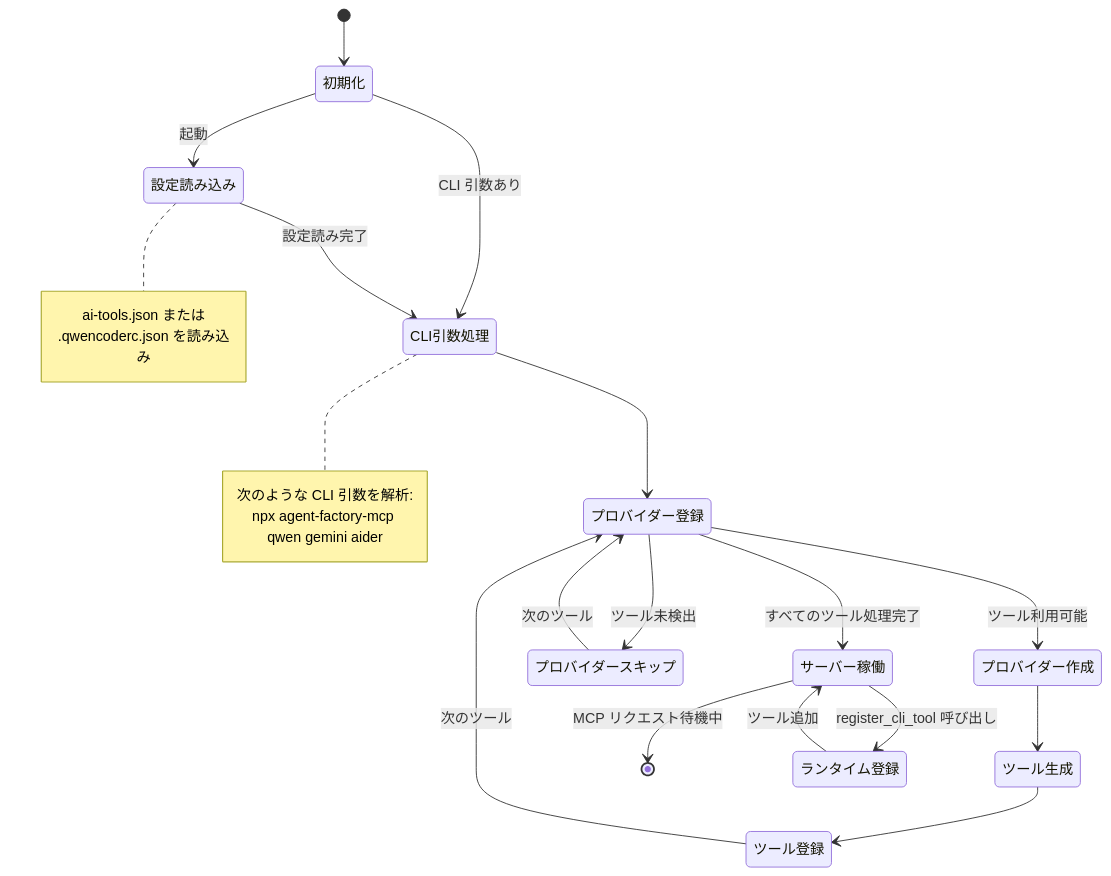
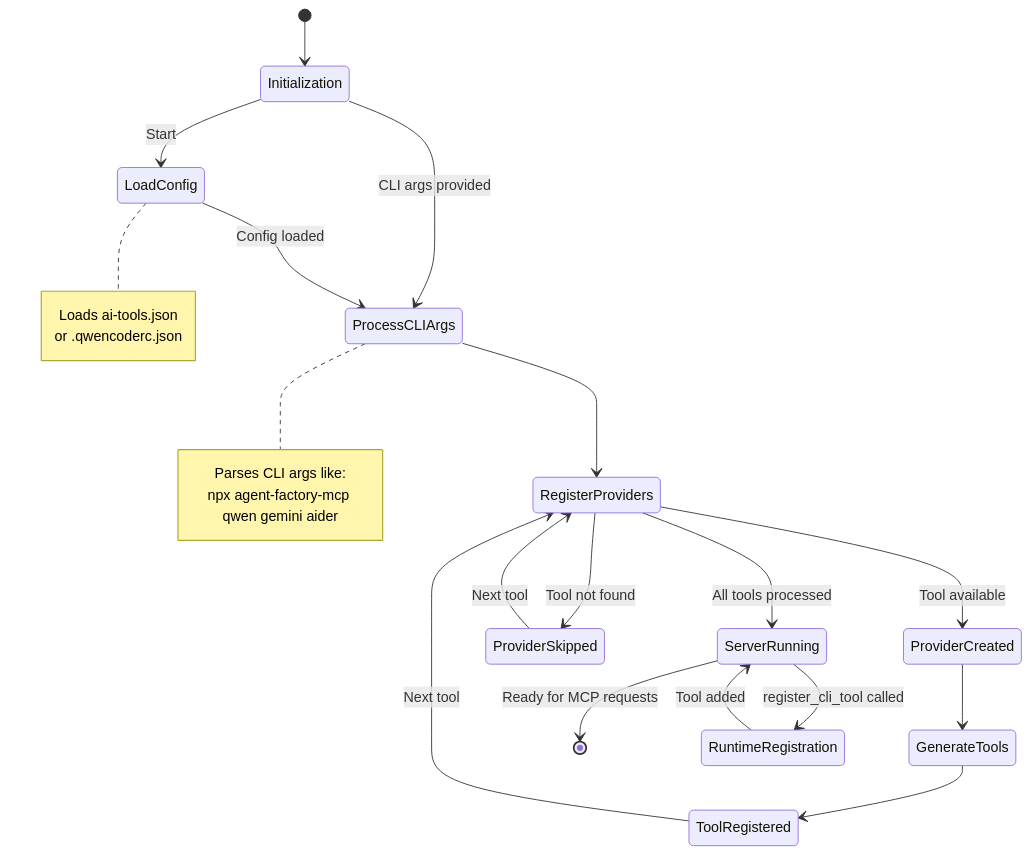
The second of 2 diagrams in README.ja.md (utenadev/agent-factory-mcp), drawn with Mermaid before and after one commit. The commit also changed other lines of this file and 1 other file, not shown here.

````diff
--- a/README.ja.md
+++ b/README.ja.md
@@ -68,35 +69,35 @@
 ```mermaid
 stateDiagram-v2
-    [*] --> 初期化
+    [*] --> Initialization
 
-    初期化 --> 設定読み込み: 起動
-    初期化 --> CLI引数処理: CLI 引数あり
+    Initialization --> LoadConfig: Start
+    Initialization --> ProcessCLIArgs: CLI args provided
 
-    設定読み込み --> CLI引数処理: 設定読み完了
-    CLI引数処理 --> プロバイダー登録
+    LoadConfig --> ProcessCLIArgs: Config loaded
+    ProcessCLIArgs --> RegisterProviders
 
-    プロバイダー登録 --> プロバイダー作成: ツール利用可能
-    プロバイダー登録 --> プロバイダースキップ: ツール未検出
+    RegisterProviders --> ProviderCreated: Tool available
+    RegisterProviders --> ProviderSkipped: Tool not found
 
-    プロバイダー作成 --> ツール生成
-    プロバイダースキップ --> プロバイダー登録: 次のツール
+    ProviderCreated --> GenerateTools
+    ProviderSkipped --> RegisterProviders: Next tool
 
-    ツール生成 --> ツール登録
-    ツール登録 --> プロバイダー登録: 次のツール
+    GenerateTools --> ToolRegistered
+    ToolRegistered --> RegisterProviders: Next tool
 
-    プロバイダー登録 --> サーバー稼働: すべてのツール処理完了
-    サーバー稼働 --> [*]: MCP リクエスト待機中
+    RegisterProviders --> ServerRunning: All tools processed
+    ServerRunning --> [*]: Ready for MCP requests
 
-    サーバー稼働 --> ランタイム登録: register_cli_tool 呼び出し
-    ランタイム登録 --> サーバー稼働: ツール追加
+    ServerRunning --> RuntimeRegistration: register_cli_tool called
+    RuntimeRegistration --> ServerRunning: Tool added
 
-    note right of 設定読み込み
-        ai-tools.json または
-        .qwencoderc.json を読み込み
+    note right of LoadConfig
+        Loads ai-tools.json
+        or .qwencoderc.json
     end note
 
-    note right of CLI引数処理
-        次のような CLI 引数を解析:
+    note right of ProcessCLIArgs
+        Parses CLI args like:
         npx agent-factory-mcp qwen gemini aider
     end note
 ```
````
